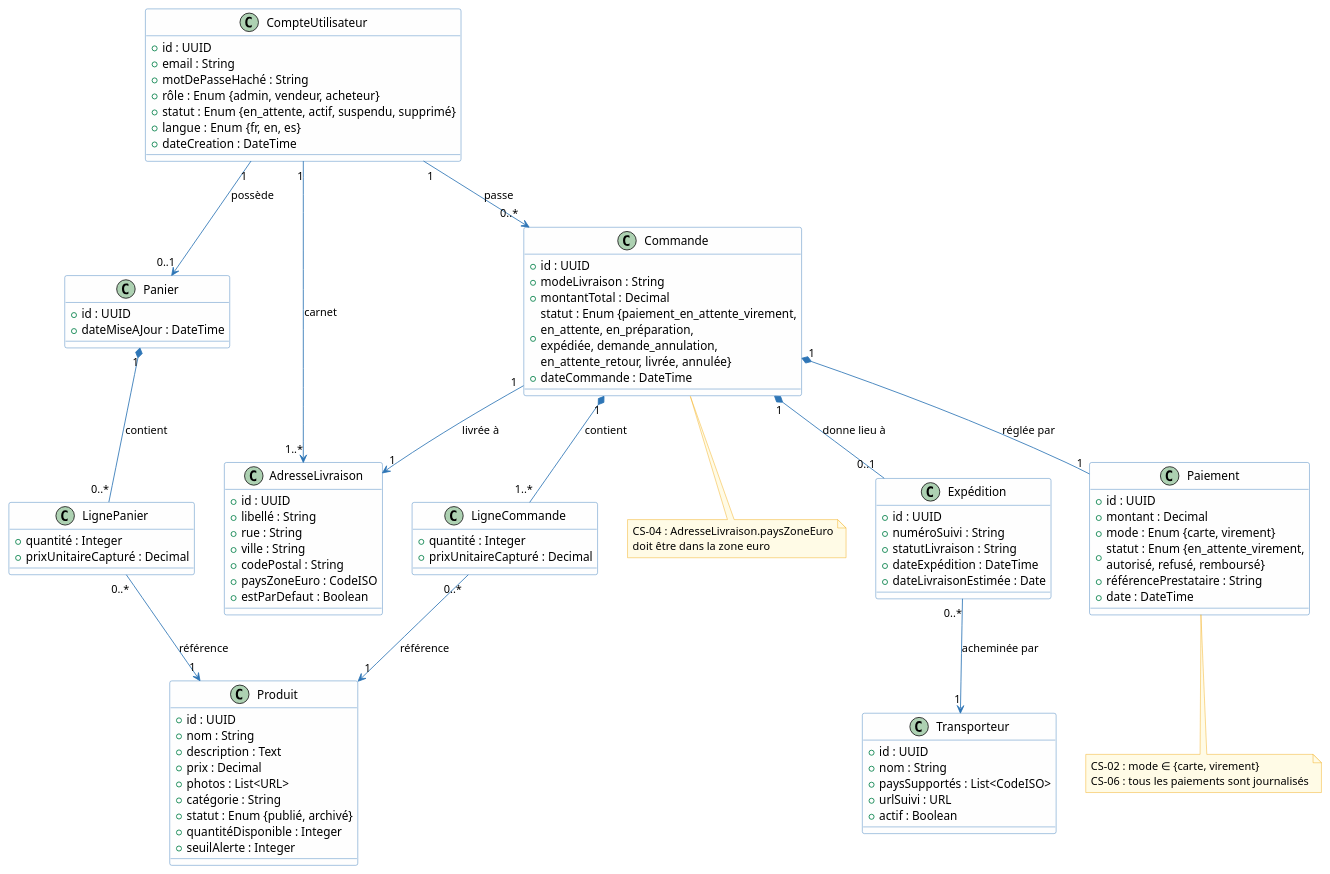
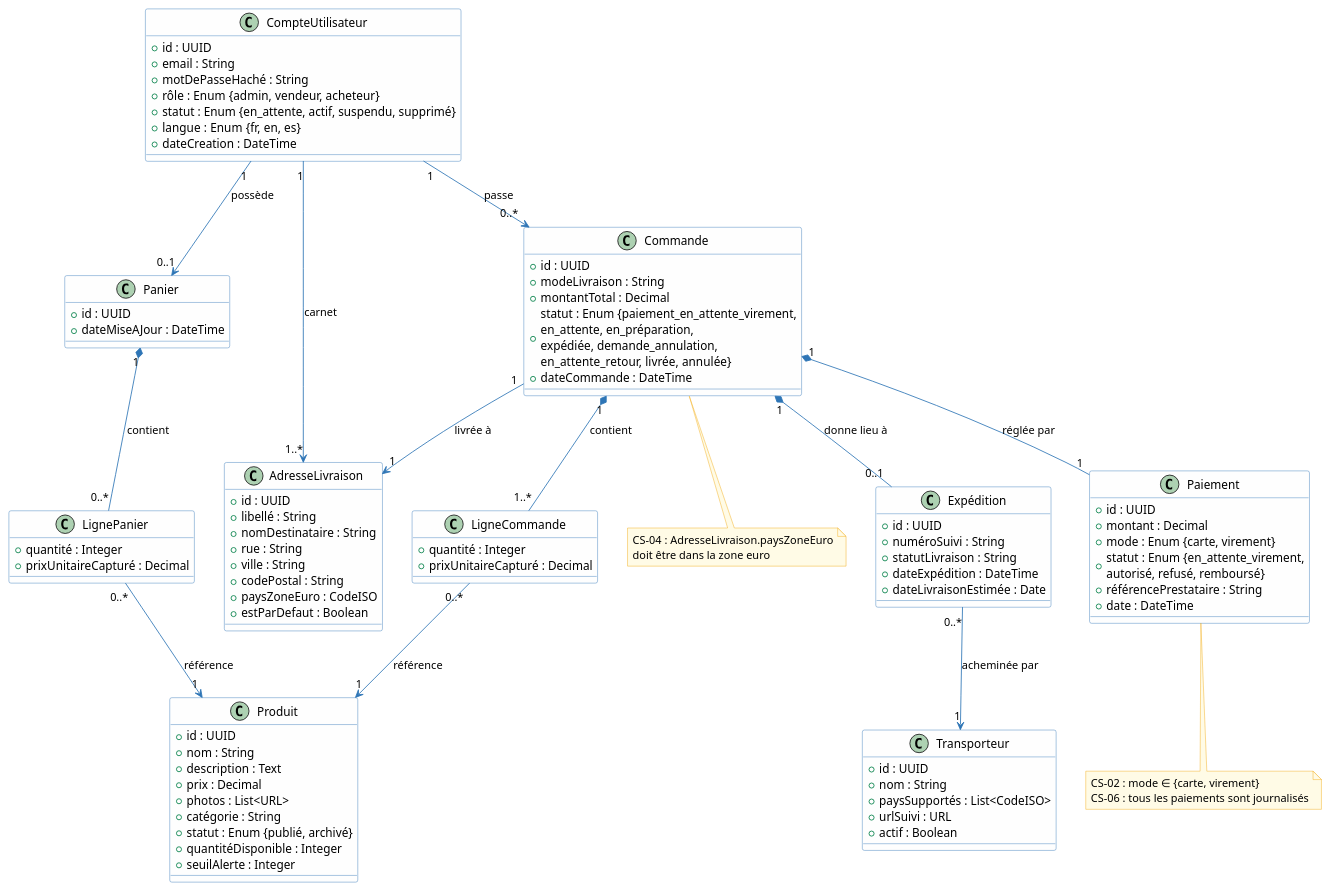
The sixth of 6 diagrams in architecture/02-system-analysis/sa.adoc (louistalvande/online_shop), drawn with PlantUML before and after one commit. The commit also changed 49 other files, not shown here.

```diff
--- a/architecture/02-system-analysis/sa.adoc
+++ b/architecture/02-system-analysis/sa.adoc
@@ -1451,6 +1451,7 @@
 class AdresseLivraison {
   + id : UUID
   + libellé : String
+  + nomDestinataire : String
   + rue : String
   + ville : String
   + codePostal : String
```
